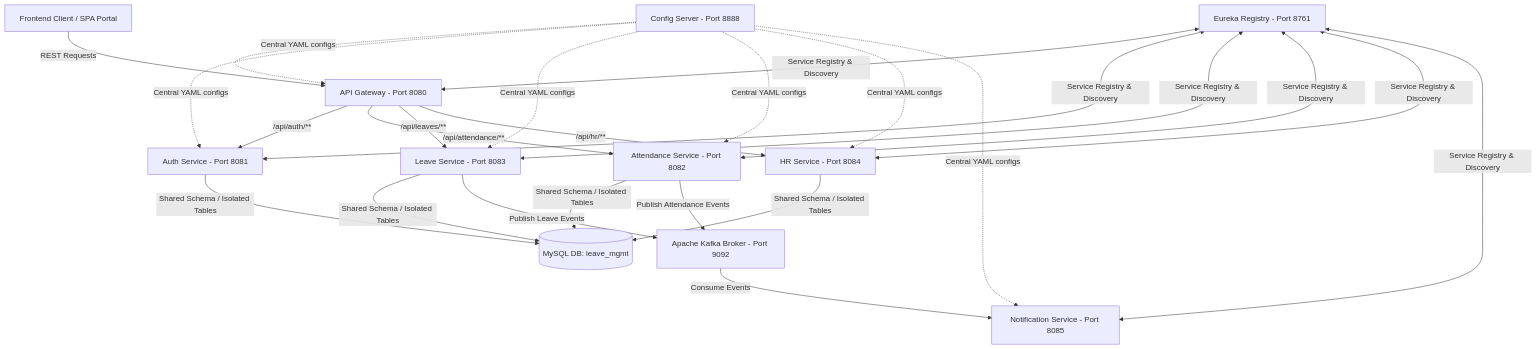
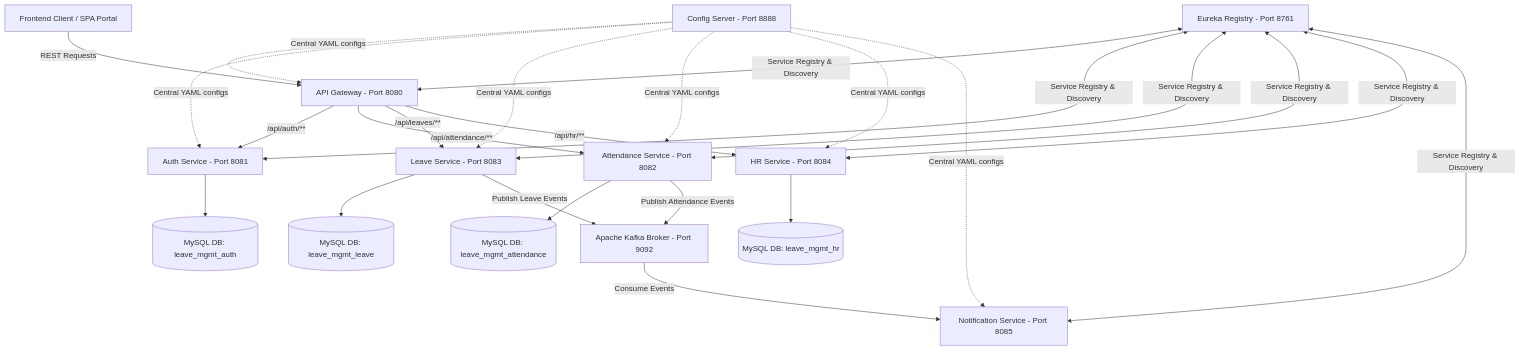
Before and after one commit to kavyasree15/leave-management-main: the diagram in README.md, drawn with Mermaid. The commit also changed other lines of this file and 20 other files, not shown here.

````diff
--- a/README.md
+++ b/README.md
@@ -11,23 +11,26 @@
 ```mermaid
 graph TD
     %% Clients
     Client[Frontend Client / SPA Portal] --> |REST Requests| Gateway[API Gateway - Port 8080]
 
     %% Gateway Routing
     Gateway --> |/api/auth/**| Auth[Auth Service - Port 8081]
     Gateway --> |/api/attendance/**| Attendance[Attendance Service - Port 8082]
     Gateway --> |/api/leaves/**| Leave[Leave Service - Port 8083]
     Gateway --> |/api/hr/**| HR[HR Service - Port 8084]
 
     %% Central Infrastructure
     Config[Config Server - Port 8888] -.-> |Central YAML configs| Gateway & Auth & Leave & Attendance & HR & Notification
     Eureka[Eureka Registry - Port 8761] <--> |Service Registry & Discovery| Gateway & Auth & Leave & Attendance & HR & Notification
 
     %% Database Layer
-    Auth & Leave & Attendance & HR --> |Shared Schema / Isolated Tables| MySQL[(MySQL DB: leave_mgmt)]
+    Auth --> MySQL_Auth[(MySQL DB: leave_mgmt_auth)]
+    Leave --> MySQL_Leave[(MySQL DB: leave_mgmt_leave)]
+    Attendance --> MySQL_Attend[(MySQL DB: leave_mgmt_attendance)]
+    HR --> MySQL_HR[(MySQL DB: leave_mgmt_hr)]
 
     %% Event-Driven Notification Channel
     Leave --> |Publish Leave Events| Kafka[Apache Kafka Broker - Port 9092]
     Attendance --> |Publish Attendance Events| Kafka
     Kafka --> |Consume Events| Notification[Notification Service - Port 8085]
 ```
````
